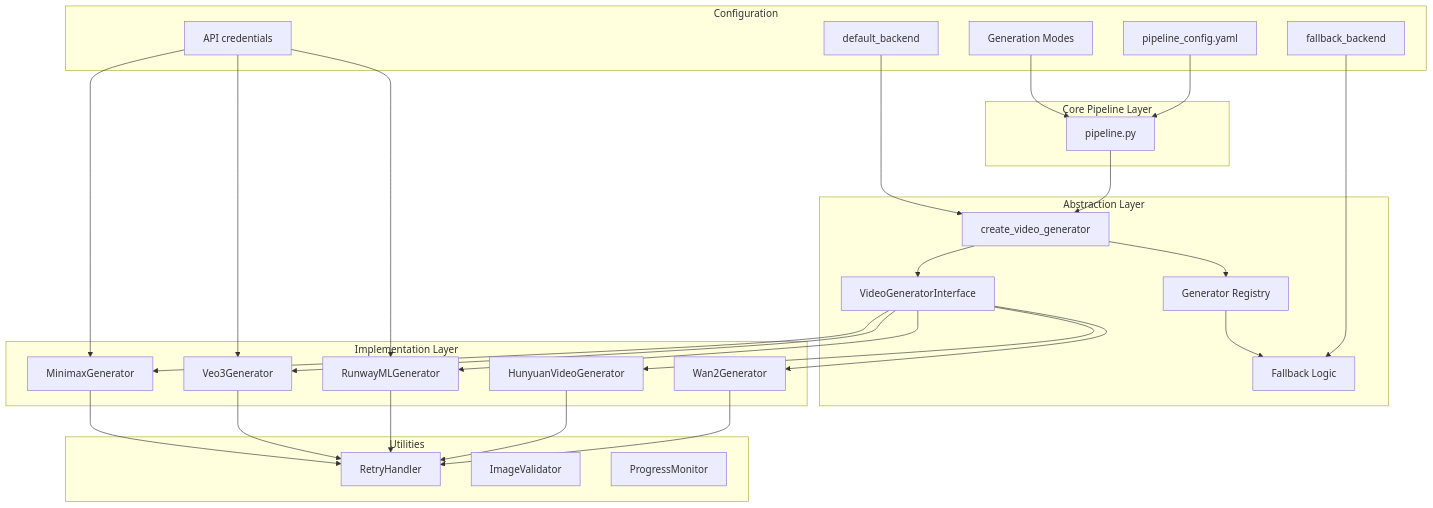
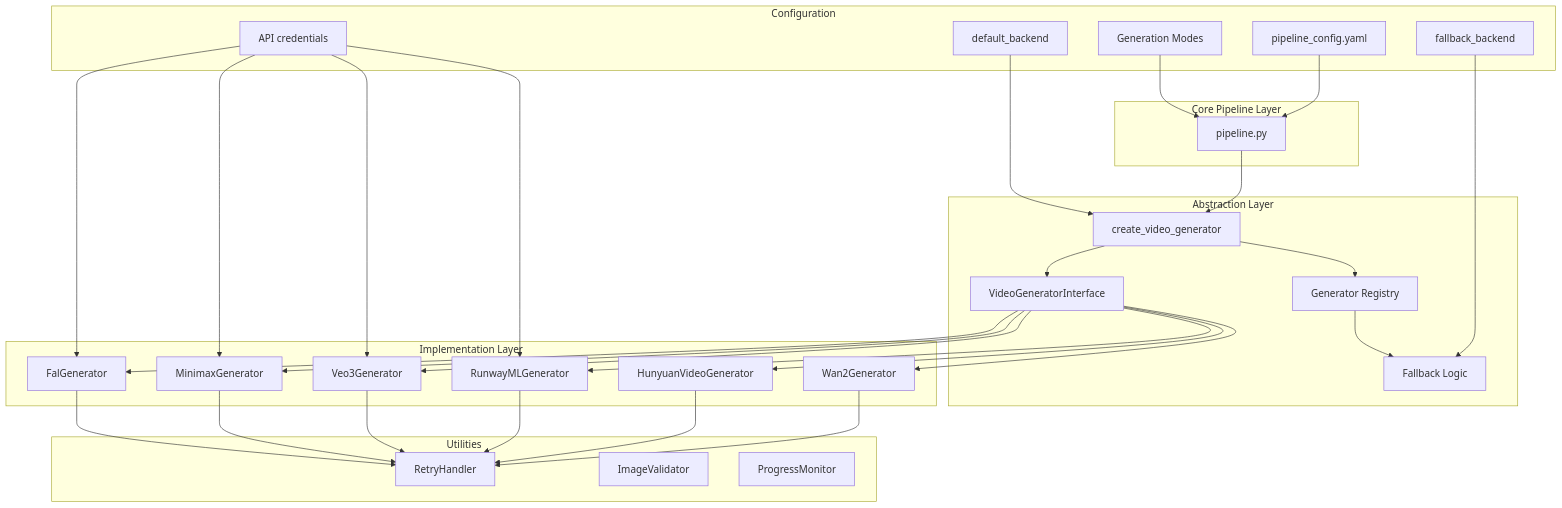
One commit to trilogy-group/ttv-pipeline changed the diagram in docs/04-video-generation-backends.md. Above: the diagram before and after it, drawn with Mermaid. The commit also changed other lines of this file and 11 other files, not shown here.

````diff
--- a/docs/04-video-generation-backends.md
+++ b/docs/04-video-generation-backends.md
@@ -24,58 +24,62 @@
 ```mermaid
 graph TD
     subgraph "Configuration"
         config[pipeline_config.yaml]
         api_cred[API credentials]
         default[default_backend]
         fallback[fallback_backend]
         modes[Generation Modes]
     end
     
     subgraph "Core Pipeline Layer"
         pipeline[pipeline.py]
         config --> pipeline
         modes --> pipeline
     end
     
     subgraph "Abstraction Layer"
         factory[create_video_generator]
         pipeline --> factory
         default --> factory
         interface[VideoGeneratorInterface]
         registry[Generator Registry]
         factory --> interface
         factory --> registry
         fallback --> fallback_logic[Fallback Logic]
         registry --> fallback_logic
     end
     
     subgraph "Implementation Layer"
         wan2[Wan2Generator]
         hunyuan[HunyuanVideoGenerator]
         runway[RunwayMLGenerator]
         veo3[Veo3Generator]
         minimax[MinimaxGenerator]
+        fal[FalGenerator]
         
         interface --> wan2
         interface --> hunyuan
         interface --> runway
         interface --> veo3
         interface --> minimax
+        interface --> fal
         
         api_cred --> runway
         api_cred --> veo3
         api_cred --> minimax
+        api_cred --> fal
     end
     
     subgraph "Utilities"
         retry[RetryHandler]
         validator[ImageValidator]
         monitor[ProgressMonitor]
         
         wan2 --> retry
         hunyuan --> retry
         runway --> retry
         veo3 --> retry
         minimax --> retry
+        fal --> retry
     end
 ```
````
